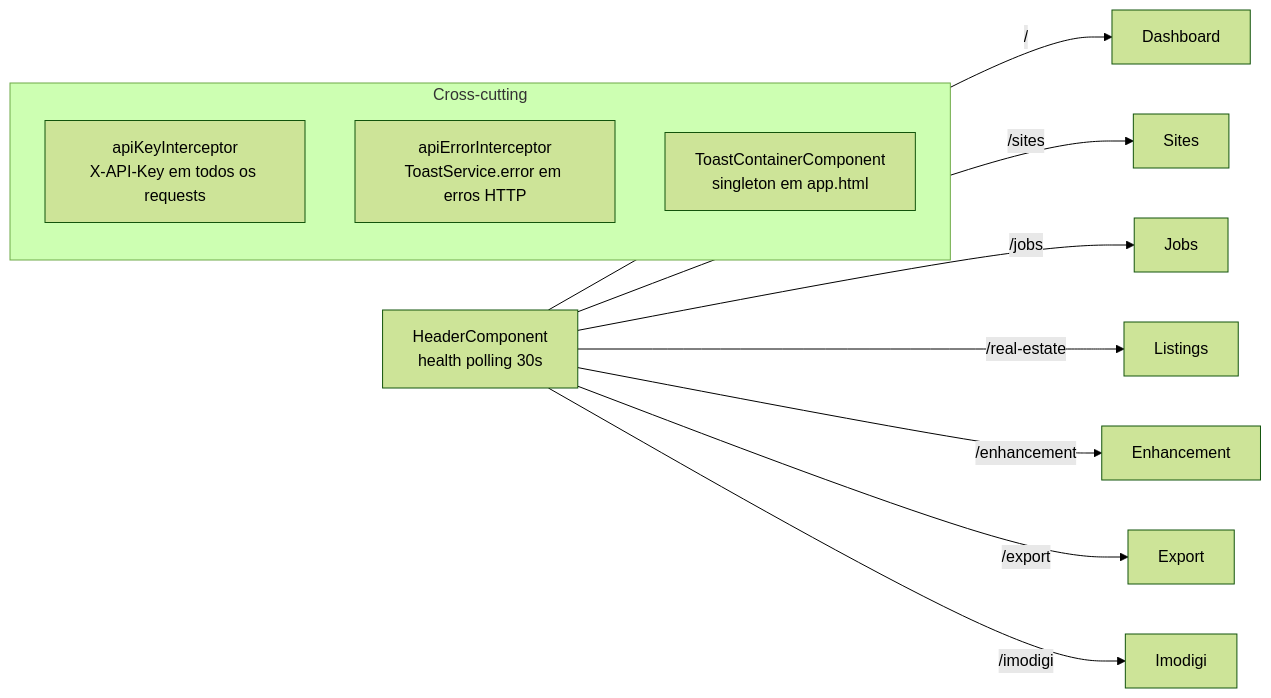
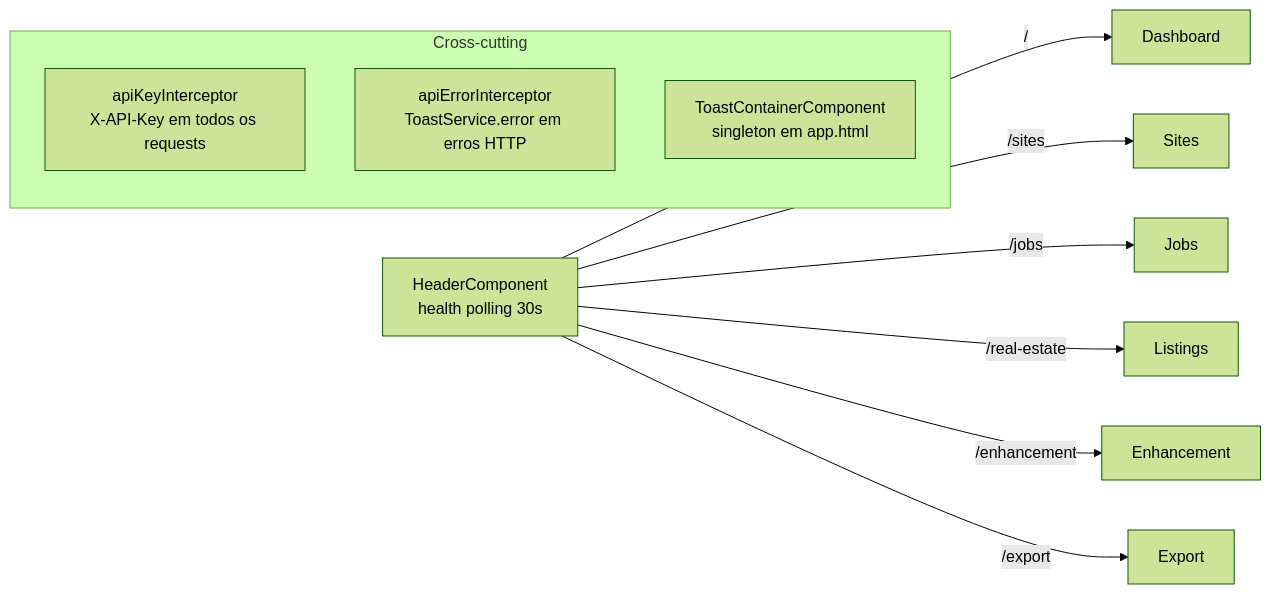
Before and after one commit to pearlsofportugal/mvp-frontend: the seventh of 7 diagrams in docs/architecture-diagrams.md, drawn with Mermaid (forest theme). The commit also changed other lines of this file and 56 other files, not shown here.

````diff
--- a/docs/architecture-diagrams.md
+++ b/docs/architecture-diagrams.md
@@ -208,17 +185,16 @@
 ```mermaid
 flowchart LR
     H[HeaderComponent\nhealth polling 30s]
     H -->|/| DASH[Dashboard]
     H -->|/sites| SITES[Sites]
     H -->|/jobs| JOBS[Jobs]
     H -->|/real-estate| LISTINGS[Listings]
     H -->|/enhancement| ENH[Enhancement]
     H -->|/export| EXPORT[Export]
-    H -->|/imodigi| IMO[Imodigi]
 
     subgraph Cross-cutting
         AK[apiKeyInterceptor\nX-API-Key em todos os requests]
         ERR[apiErrorInterceptor\nToastService.error em erros HTTP]
         TC[ToastContainerComponent\nsingleton em app.html]
     end
 ```
````
